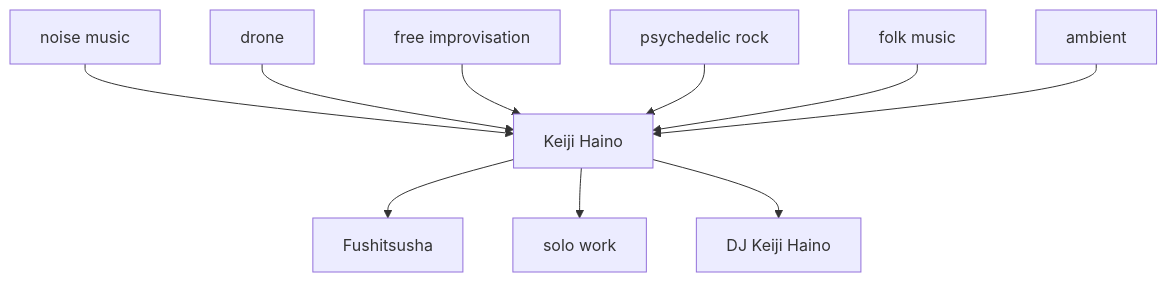
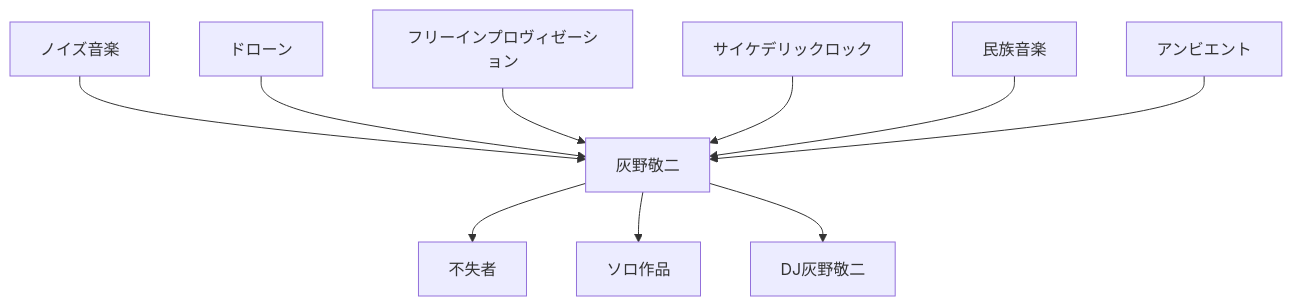
One commit to monumental-movement/monumental-movement.github.io changed the fifth of 9 diagrams in en/_posts/2026-03-06-column-keiji-haino.md. Above: the diagram before and after it, drawn with Mermaid. The commit also changed other lines of this file and 2196 other files, not shown here.

```diff
--- a/en/_posts/2026-03-06-column-keiji-haino.md
+++ b/en/_posts/2026-03-06-column-keiji-haino.md
@@ -522,25 +522,25 @@
 <div class="mermaid">
 
 graph TD
 
-Haino[Keiji Haino]
+Haino[灰野敬二]
 
-Noise[noise music]
-Drone[drone]
-Free[free improvisation]
-Rock[psychedelic rock]
-Folk[folk music]
-Ambient[ambient]
+Noise[ノイズ音楽]
+Drone[ドローン]
+Free[フリーインプロヴィゼーション]
+Rock[サイケデリックロック]
+Folk[民族音楽]
+Ambient[アンビエント]
 
 Noise --> Haino
 Drone --> Haino
 Free --> Haino
 Rock --> Haino
 Folk --> Haino
 Ambient --> Haino
 
-Haino --> Fushitsusha[Fushitsusha]
-Haino --> Solo[solo work]
-Haino --> DJ[DJ Keiji Haino]
+Haino --> Fushitsusha[不失者]
+Haino --> Solo[ソロ作品]
+Haino --> DJ[DJ灰野敬二]
 
 </div>
```
